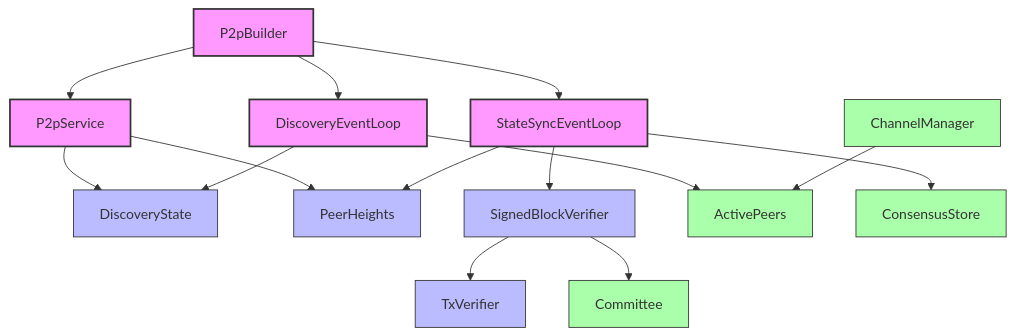
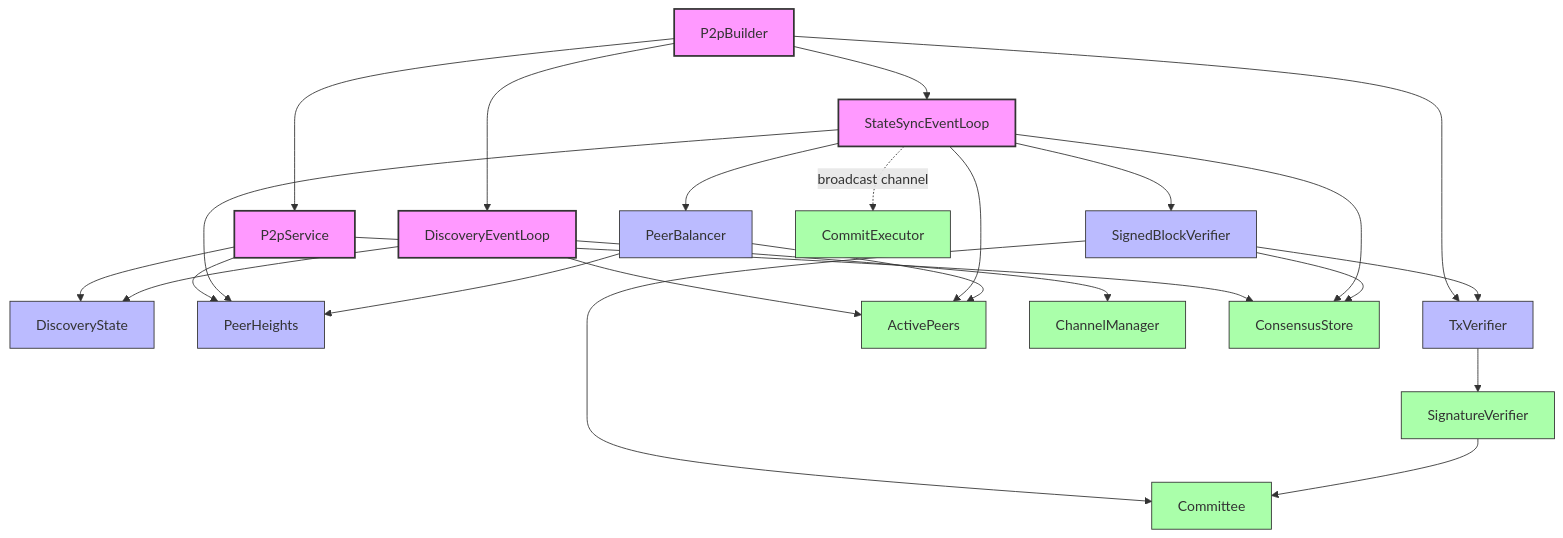
Before and after one commit to soma-org/soma: the first of 2 diagrams in memory-bank/modules/p2p/module_structure.md, drawn with Mermaid. The commit also changed other lines of this file and 22 other files, not shown here.

````diff
--- a/memory-bank/modules/p2p/module_structure.md
+++ b/memory-bank/modules/p2p/module_structure.md
@@ -10,40 +10,54 @@
 ```mermaid
 flowchart TD
     classDef core fill:#f9f,stroke:#333,stroke-width:2px
     classDef support fill:#bbf,stroke:#333,stroke-width:1px
     classDef external fill:#afa,stroke:#333,stroke-width:1px
     
     P2pService[P2pService]:::core
     DiscoveryEL[DiscoveryEventLoop]:::core
     StateSyncEL[StateSyncEventLoop]:::core
     P2pBuilder[P2pBuilder]:::core
     
     DiscoveryState[DiscoveryState]:::support
     PeerHeights[PeerHeights]:::support
     TxVerifier[TxVerifier]:::support
     BlockVerifier[SignedBlockVerifier]:::support
+    PeerBalancer[PeerBalancer]:::support
     
     ActivePeers[ActivePeers]:::external
     ChannelManager[ChannelManager]:::external
     ConsensusStore[ConsensusStore]:::external
     Committee[Committee]:::external
+    SignatureVerifier[SignatureVerifier]:::external
+    CommitExecutor[CommitExecutor]:::external
     
     P2pBuilder --> P2pService
     P2pBuilder --> DiscoveryEL
     P2pBuilder --> StateSyncEL
+    P2pBuilder --> TxVerifier
     
     P2pService --> DiscoveryState
     P2pService --> PeerHeights
+    P2pService --> ConsensusStore
     
     DiscoveryEL --> DiscoveryState
     DiscoveryEL --> ActivePeers
+    DiscoveryEL --> ChannelManager
     
     StateSyncEL --> PeerHeights
     StateSyncEL --> BlockVerifier
     StateSyncEL --> ConsensusStore
+    StateSyncEL --> ActivePeers
+    StateSyncEL --> PeerBalancer
+    StateSyncEL -.broadcast channel.-> CommitExecutor
+    
+    PeerBalancer --> ActivePeers
+    PeerBalancer --> PeerHeights
     
     BlockVerifier --> TxVerifier
     BlockVerifier --> Committee
+    BlockVerifier --> ConsensusStore
     
-    ChannelManager --> ActivePeers
+    TxVerifier --> SignatureVerifier
+    SignatureVerifier --> Committee
 ```
````
